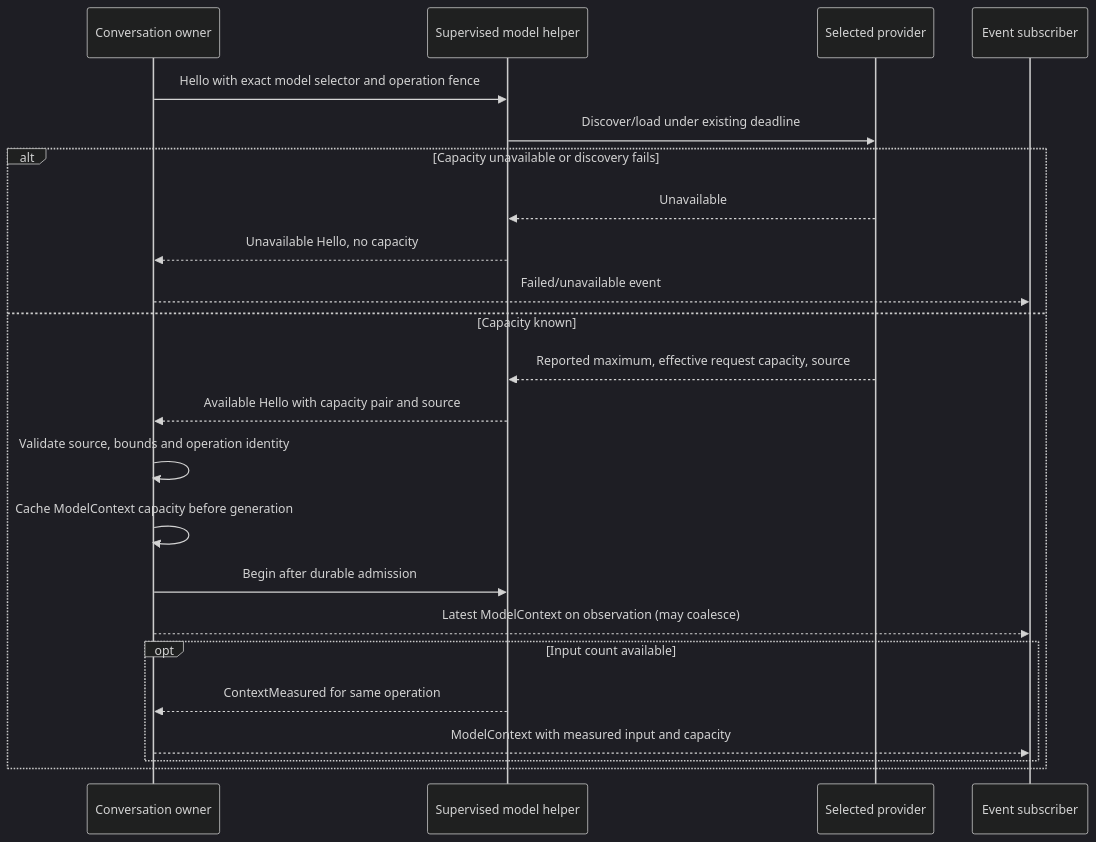
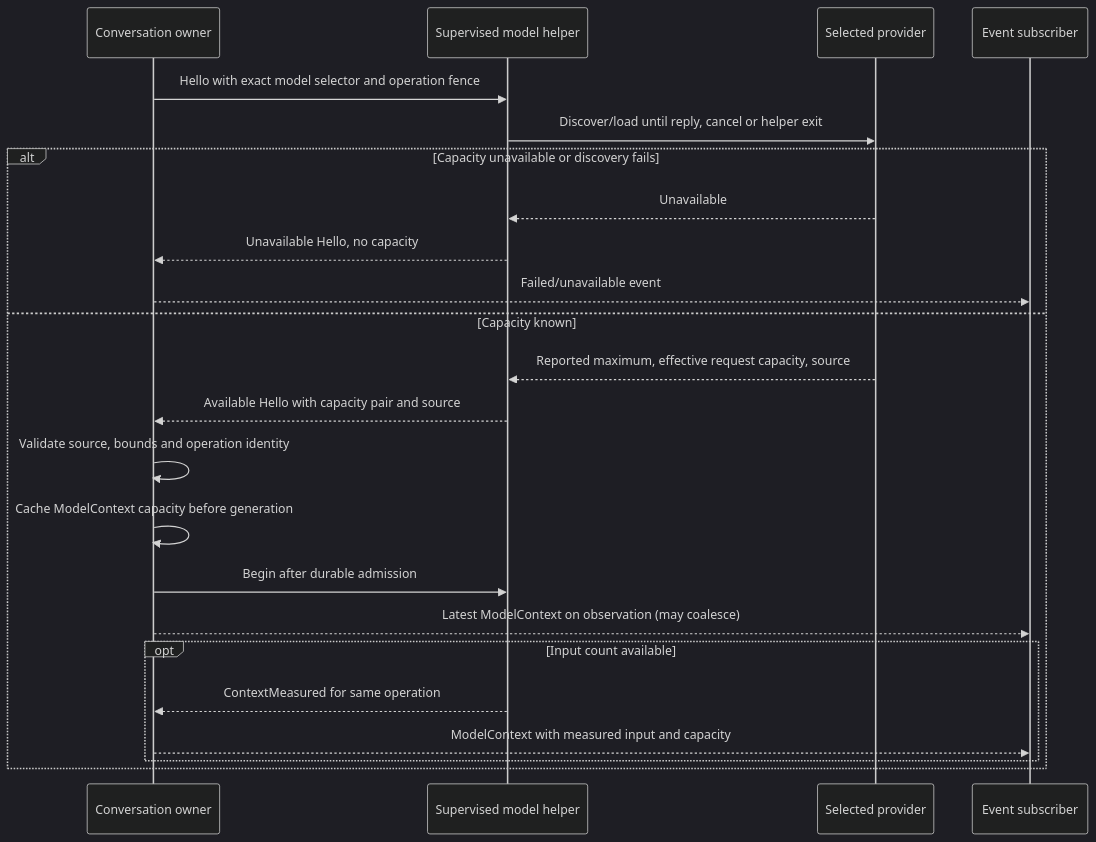
The first of 3 diagrams in docs/designs/model-context-telemetry.md (pidster/asura), drawn with Mermaid (dark theme) before and after one commit. The commit also changed other lines of this file and 39 other files, not shown here.

````diff
--- a/docs/designs/model-context-telemetry.md
+++ b/docs/designs/model-context-telemetry.md
@@ -48,25 +48,25 @@
 ```mermaid
 sequenceDiagram
     participant Service as Conversation owner
     participant Helper as Supervised model helper
     participant Provider as Selected provider
     participant Client as Event subscriber
     Service->>Helper: Hello with exact model selector and operation fence
-    Helper->>Provider: Discover/load under existing deadline
+    Helper->>Provider: Discover/load until reply, cancel or helper exit
     alt Capacity unavailable or discovery fails
         Provider-->>Helper: Unavailable
         Helper-->>Service: Unavailable Hello, no capacity
         Service-->>Client: Failed/unavailable event
     else Capacity known
         Provider-->>Helper: Reported maximum, effective request capacity, source
         Helper-->>Service: Available Hello with capacity pair and source
         Service->>Service: Validate source, bounds and operation identity
         Service->>Service: Cache ModelContext capacity before generation
         Service->>Helper: Begin after durable admission
         Service-->>Client: Latest ModelContext on observation (may coalesce)
         opt Input count available
             Helper-->>Service: ContextMeasured for same operation
             Service-->>Client: ModelContext with measured input and capacity
         end
     end
 ```
````
